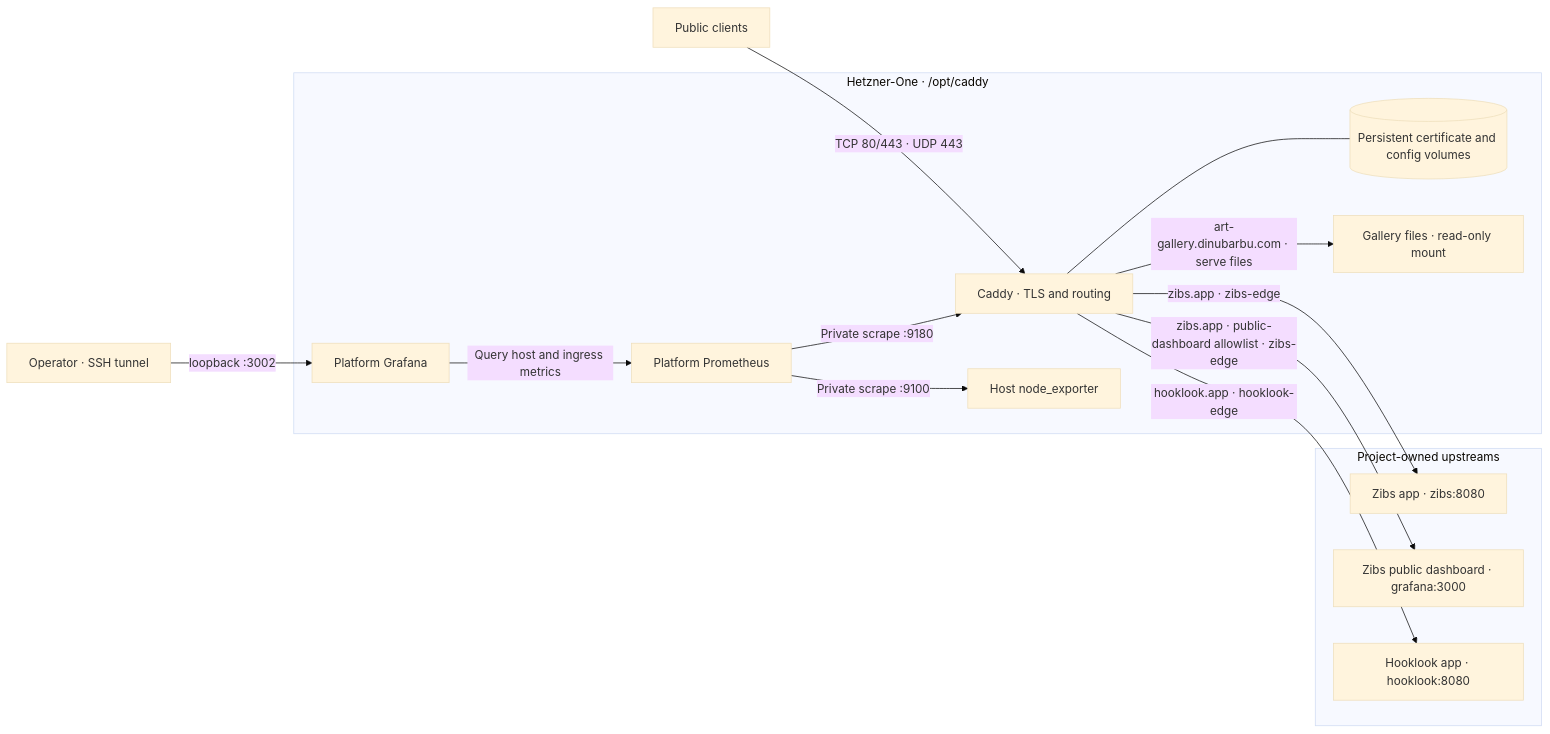
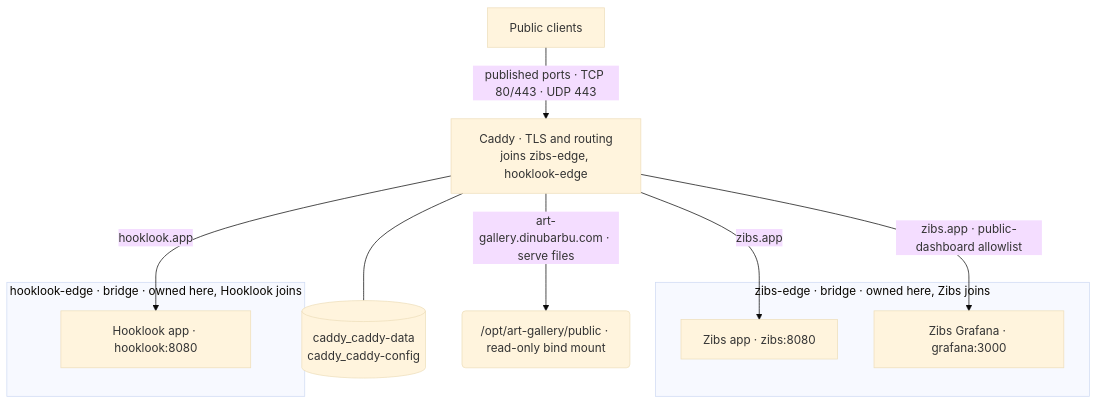
The first of 2 diagrams in docs/topology.md (dvinubius/hetzner-one), drawn with Mermaid (base theme) before and after one commit. The commit also changed other lines of this file and 7 other files, not shown here.

First line of the commit message:
Rename Caddy certificate volumes and split topology diagrams

````diff
--- a/docs/topology.md
+++ b/docs/topology.md
@@ -10,30 +13,24 @@
 ```mermaid
-flowchart LR
-    public["Public clients"] -->|"TCP 80/443 · UDP 443"| caddy
+flowchart TD
+    public["Public clients"] -->|"published ports · TCP 80/443 · UDP 443"| caddy
 
-    operator["Operator · SSH tunnel"] -->|"loopback :3002"| grafana
+    caddy["Caddy · TLS and routing<br/>joins zibs-edge, hooklook-edge"]
+    certificates[("caddy_caddy-data<br/>caddy_caddy-config")]
+    gallery("/opt/art-gallery/public · read-only bind mount")
+    
+    caddy --- certificates
+    caddy -->|"art-gallery.dinubarbu.com · serve files"| gallery
 
-    subgraph platform["Hetzner-One · /opt/caddy"]
-        caddy["Caddy · TLS and routing"]
-        certificates[("Persistent certificate and config volumes")]
-        gallery["Gallery files · read-only mount"]
-        grafana["Platform Grafana"]
-        prometheus["Platform Prometheus"]
-        node["Host node_exporter"]
-        grafana -->|"Query host and ingress metrics"| prometheus
-        prometheus -->|"Private scrape :9100"| node
-        prometheus -->|"Private scrape :9180"| caddy
-        caddy --- certificates
-        caddy -->|"art-gallery.dinubarbu.com · serve files"| gallery
+    subgraph zibsEdge["zibs-edge · bridge · owned here, Zibs joins"]
+        zibs["Zibs app · zibs:8080"]
+        dashboard["Zibs Grafana · grafana:3000"]
     end
 
-    subgraph upstreams["Project-owned upstreams"]
-        zibs["Zibs app · zibs:8080"]
-        dashboard["Zibs public dashboard · grafana:3000"]
+    subgraph hooklookEdge["hooklook-edge · bridge · owned here, Hooklook joins"]
         hooklook["Hooklook app · hooklook:8080"]
     end
 
-    caddy -->|"zibs.app · zibs-edge"| zibs
-    caddy -->|"zibs.app · public-dashboard allowlist · zibs-edge"| dashboard
-    caddy -->|"hooklook.app · hooklook-edge"| hooklook
+    caddy -->|"zibs.app"| zibs
+    caddy -->|"zibs.app · public-dashboard allowlist"| dashboard
+    caddy -->|"hooklook.app"| hooklook
 ```
````
